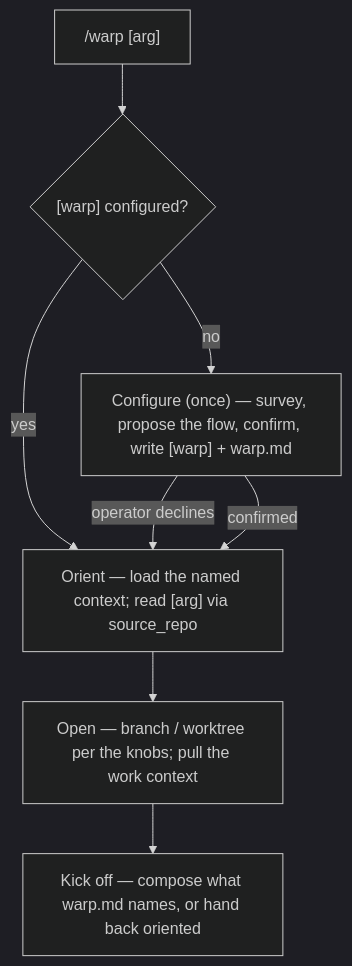
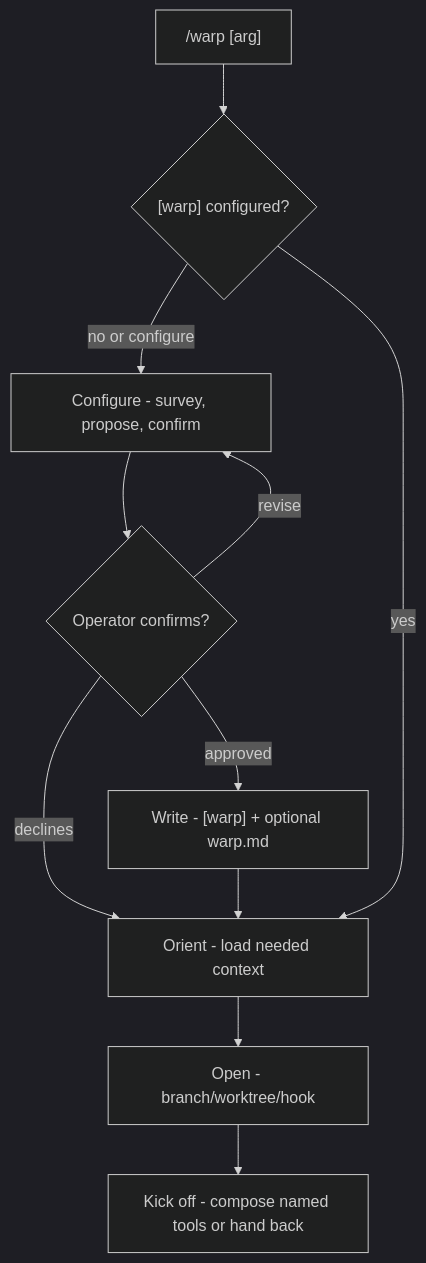
One commit to ZPerrin/loom changed the diagram in skills/warp/SKILL.md. Above: the diagram before and after it, drawn with Mermaid (dark theme). The commit also changed other lines of this file and 24 other files, not shown here.

````diff
--- a/skills/warp/SKILL.md
+++ b/skills/warp/SKILL.md
@@ -23,10 +29,13 @@
 ```mermaid
 flowchart TD
-    inv["/warp [arg]"] --> cfg{"[warp] configured?"}
-    cfg -->|no| conf["Configure (once) — survey, propose the flow, confirm, write [warp] + warp.md"]
-    cfg -->|yes| orient["Orient — load the named context; read [arg] via source_repo"]
-    conf -->|operator declines| orient
-    conf -->|confirmed| orient
-    orient --> open["Open — branch / worktree per the knobs; pull the work context"]
-    open --> kickoff["Kick off — compose what warp.md names, or hand back oriented"]
+    invoke["/warp [arg]"] --> cfg{"[warp] configured?"}
+    cfg -->|no or configure| configure["Configure - survey, propose, confirm"]
+    configure --> confirm{"Operator confirms?"}
+    confirm -->|revise| configure
+    confirm -->|declines| orient["Orient - load needed context"]
+    confirm -->|approved| write["Write - [warp] + optional warp.md"]
+    cfg -->|yes| orient
+    write --> orient
+    orient --> open["Open - branch/worktree/hook"]
+    open --> kickoff["Kick off - compose named tools or hand back"]
 ```
````
